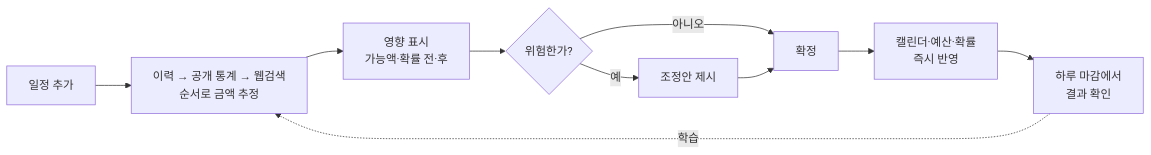
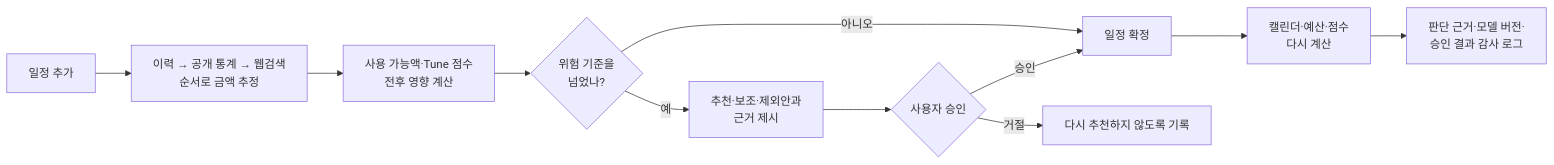
Before and after one commit to muju0629/KB_Tune: the first of 2 diagrams in README.md, drawn with Mermaid. The commit also changed other lines of this file and 184 other files, not shown here.

````diff
--- a/README.md
+++ b/README.md
@@ -540,12 +559,13 @@
 ```mermaid
 flowchart LR
   A[일정 추가] --> B[이력 → 공개 통계 → 웹검색<br/>순서로 금액 추정]
-  B --> C[영향 표시<br/>가능액·확률 전·후]
-  C --> D{위험한가?}
-  D -->|예| E[조정안 제시]
-  D -->|아니오| F[확정]
-  E --> F
-  F --> G[캘린더·예산·확률<br/>즉시 반영]
-  G --> H[하루 마감에서<br/>결과 확인]
-  H -.학습.-> B
+  B --> C[사용 가능액·Tune 점수<br/>전후 영향 계산]
+  C --> D{위험 기준을<br/>넘었나?}
+  D -->|예| E[추천·보조·제외안과<br/>근거 제시]
+  D -->|아니오| F[일정 확정]
+  E --> G{사용자 승인}
+  G -->|승인| F
+  G -->|거절| H[다시 추천하지 않도록 기록]
+  F --> I[캘린더·예산·점수<br/>다시 계산]
+  I --> J[판단 근거·모델 버전·<br/>승인 결과 감사 로그]
 ```
````
